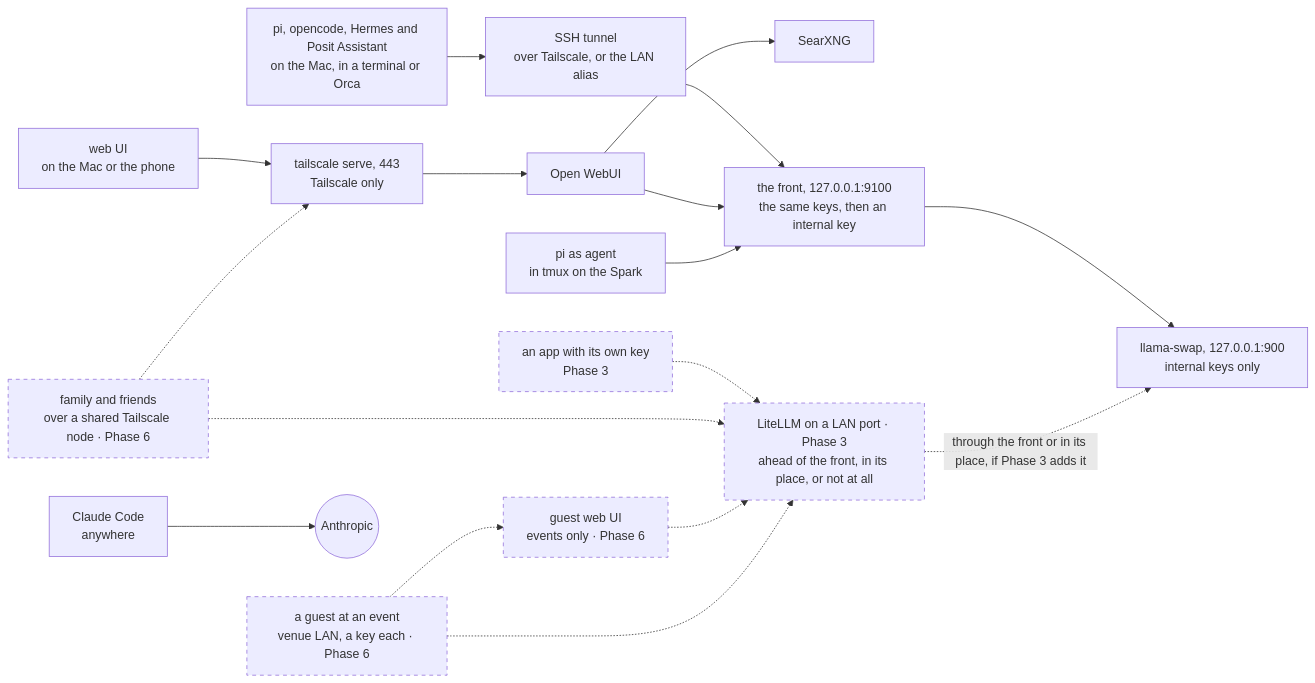
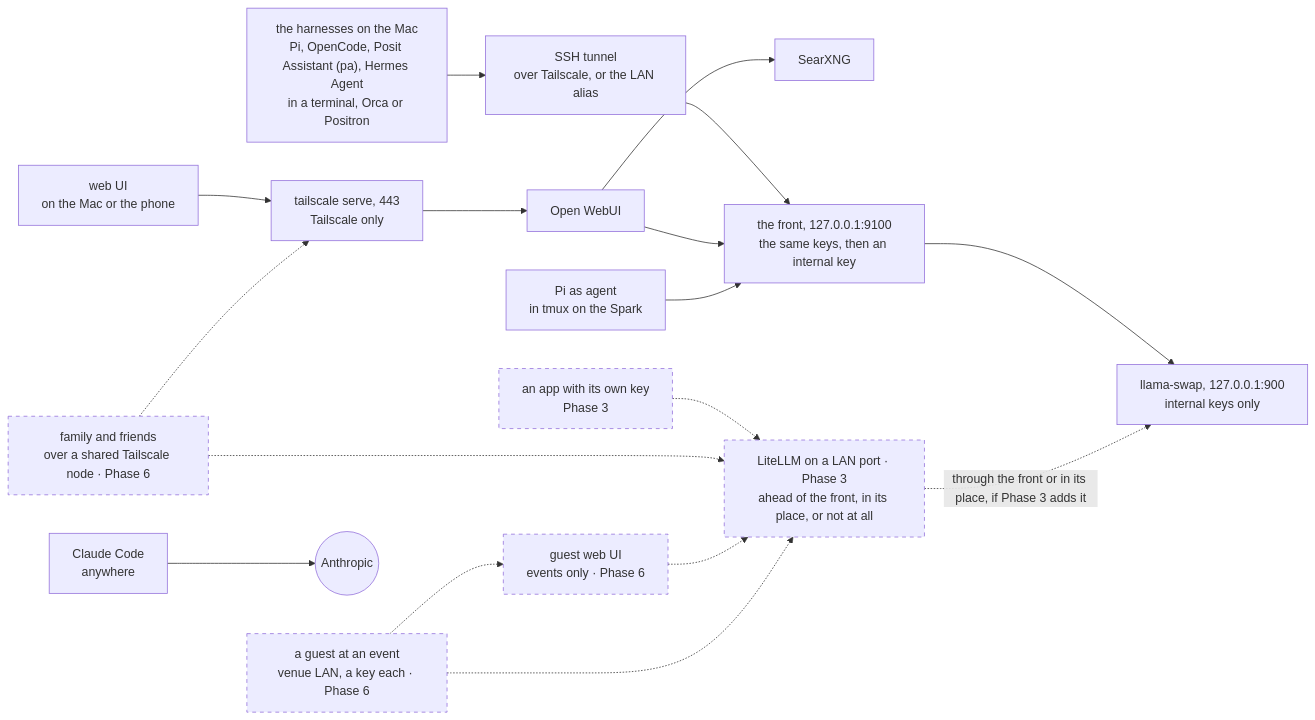
Before and after one commit to chendaniely/local-ai: the second of 4 diagrams in website/architecture.qmd, drawn with Mermaid. The commit also changed other lines of this file and 12 other files, not shown here.

````diff
--- a/website/architecture.qmd
+++ b/website/architecture.qmd
@@ -158,35 +179,35 @@
 ```{mermaid}
 flowchart LR
   classDef planned stroke-dasharray: 5 5
 
-  piT["pi, opencode, Hermes and Posit Assistant<br/>on the Mac, in a terminal or Orca"]
+  piT["the harnesses on the Mac<br/>Pi, OpenCode, Posit Assistant (pa), Hermes Agent<br/>in a terminal, Orca or Positron"]
   ui["web UI<br/>on the Mac or the phone"]
-  piA["pi as agent<br/>in tmux on the Spark"]
+  piA["Pi as agent<br/>in tmux on the Spark"]
   cc["Claude Code<br/>anywhere"]
   app["an app with its own key<br/>Phase 3"]:::planned
   fam["family and friends<br/>over a shared Tailscale node · Phase 6"]:::planned
   guest["a guest at an event<br/>venue LAN, a key each · Phase 6"]:::planned
 
   tunnel["SSH tunnel<br/>over Tailscale, or the LAN alias"]
   guestui["guest web UI<br/>events only · Phase 6"]:::planned
   serve["tailscale serve, 443<br/>Tailscale only"]
   owui["Open WebUI"]
   searx["SearXNG"]
   front["the front, 127.0.0.1:9100<br/>the same keys, then an internal key"]
   swap["llama-swap, 127.0.0.1:900<br/>internal keys only"]
   litellm["LiteLLM on a LAN port · Phase 3<br/>ahead of the front, in its place, or not at all"]:::planned
   anthropic(("Anthropic"))
 
   piT --> tunnel --> front
   ui --> serve --> owui --> front
   owui --> searx
   piA --> front
   cc --> anthropic
   front --> swap
   app -.-> litellm
   litellm -. "through the front or in its place, if Phase 3 adds it" .-> swap
   fam -.-> serve
   fam -.-> litellm
   guest -.-> guestui -.-> litellm
   guest -.-> litellm
 ```
````
